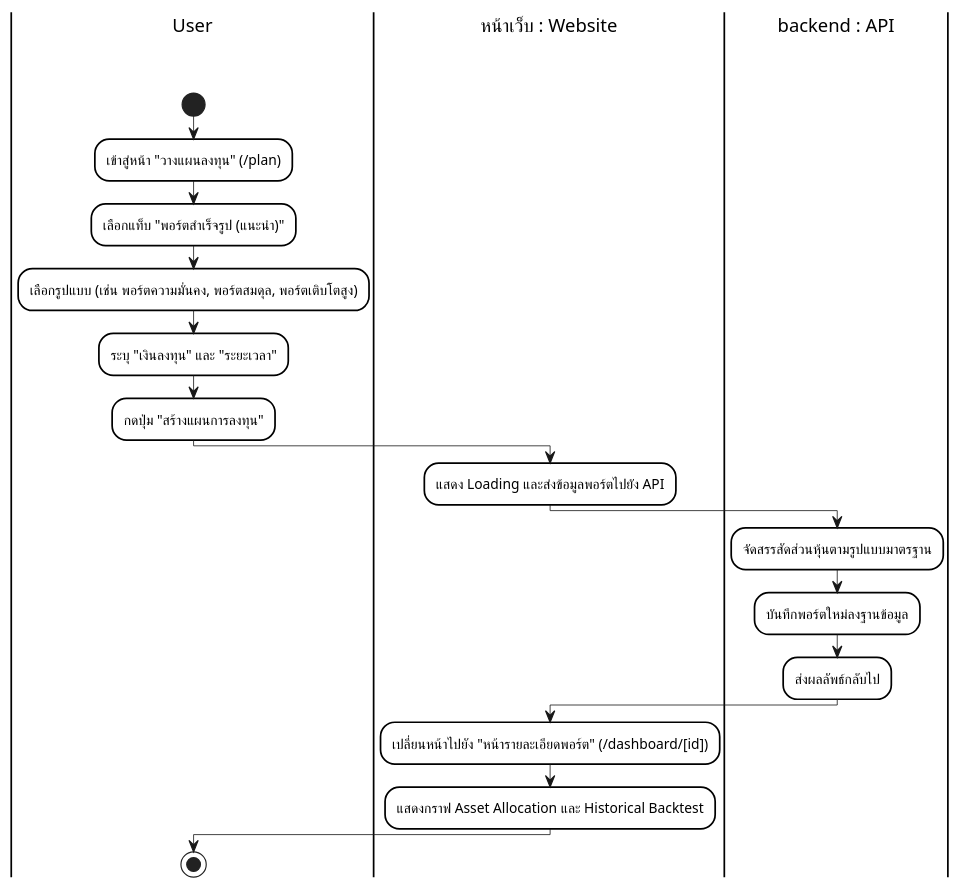
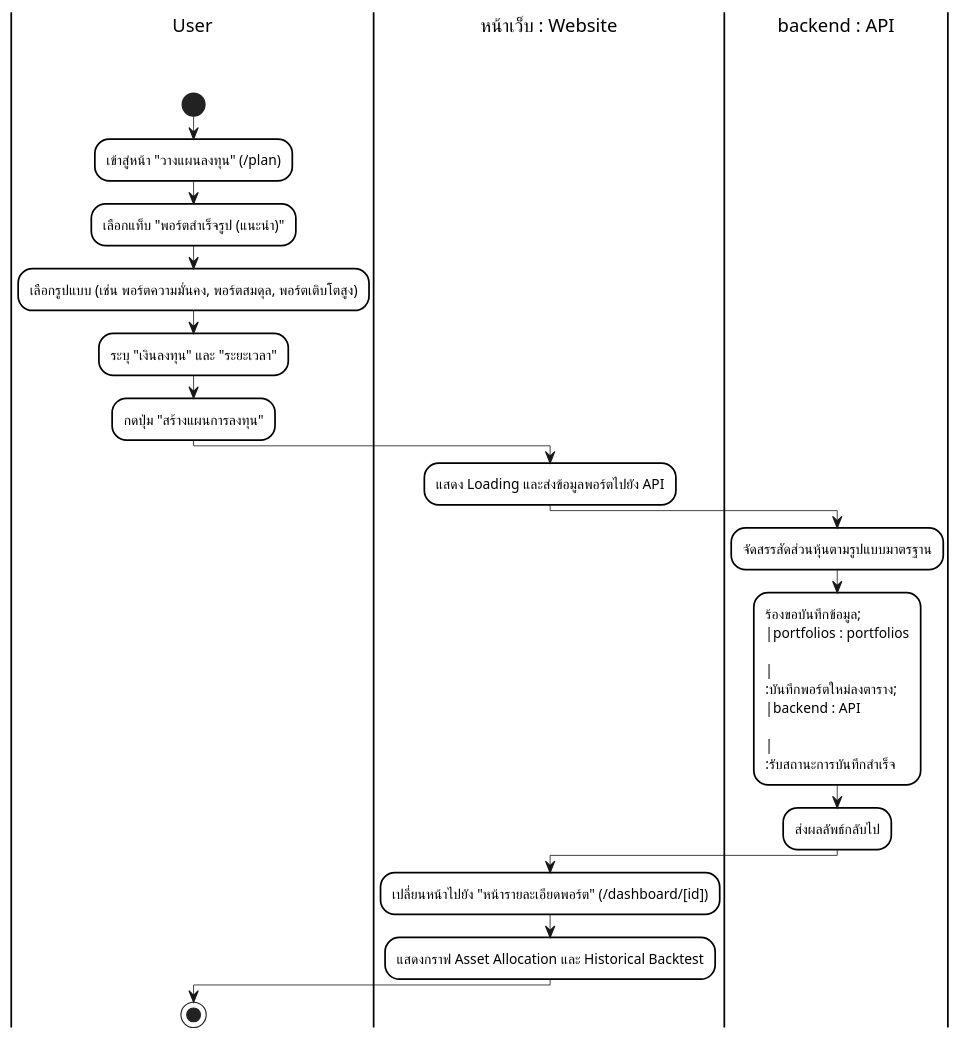
The sixth of 15 diagrams in docs/diagrams/plantuml_source/plantuml_activity_diagrams.md (Anatta-at/my-portfolio-app), drawn with PlantUML before and after one commit. The commit also changed other lines of this file and 20 other files, not shown here.

Commit message:
docs: Update diagrams to use specific DB table swimlanes and participants based on new schema

````diff
--- a/docs/diagrams/plantuml_source/plantuml_activity_diagrams.md
+++ b/docs/diagrams/plantuml_source/plantuml_activity_diagrams.md
@@ -246,40 +246,40 @@
 ```plantuml
 @startuml
 skinparam monochrome true
 skinparam shadowing false
 skinparam backgroundcolor white
 skinparam ranksep 50
 
 skinparam SwimlaneBorderColor black
 skinparam SwimlaneBorderThickness 1.5
 skinparam SwimlaneBackgroundColor white
 skinparam SwimlaneTitleBackgroundColor white
 skinparam SwimlaneTitleFontColor black
 skinparam SwimlaneTitleFontSize 16
 skinparam SwimlaneTitleFontName Arial
 
 skinparam ActivityBackgroundColor white
 skinparam ActivityBorderColor black
 skinparam ActivityBorderThickness 1.5
 skinparam ArrowThickness 0.7
 
 |User\n\n|
 start
 :เข้าสู่หน้า "วางแผนลงทุน" (/plan);
 :เลือกแท็บ "พอร์ตสำเร็จรูป (แนะนำ)";
 :เลือกรูปแบบ (เช่น พอร์ตความมั่นคง, พอร์ตสมดุล, พอร์ตเติบโตสูง);
 :ระบุ "เงินลงทุน" และ "ระยะเวลา";
 :กดปุ่ม "สร้างแผนการลงทุน";
 |หน้าเว็บ : Website\n\n|
 :แสดง Loading และส่งข้อมูลพอร์ตไปยัง API;
 |backend : API\n\n|
 :จัดสรรสัดส่วนหุ้นตามรูปแบบมาตรฐาน;
-:บันทึกพอร์ตใหม่ลงฐานข้อมูล;
+:ร้องขอบันทึกข้อมูล;\n|portfolios : portfolios\n\n|\n:บันทึกพอร์ตใหม่ลงตาราง;\n|backend : API\n\n|\n:รับสถานะการบันทึกสำเร็จ;
 :ส่งผลลัพธ์กลับไป;
 |หน้าเว็บ : Website\n\n|
 :เปลี่ยนหน้าไปยัง "หน้ารายละเอียดพอร์ต" (/dashboard/[id]);
 :แสดงกราฟ Asset Allocation และ Historical Backtest;
 |User\n\n|
 stop
 @enduml
 ```
````
